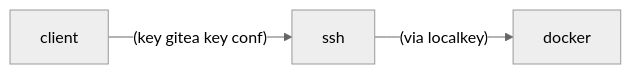
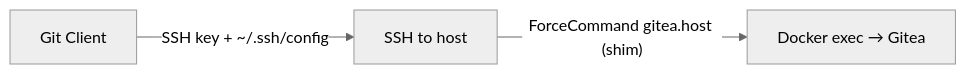
The diagram in readme.md (whoo/Docker-Gitea), drawn with Mermaid (neutral theme) before and after one commit. The commit also changed other lines of this file, not shown here.

````diff
--- a/readme.md
+++ b/readme.md
@@ -17,6 +51,5 @@
 ```mermaid
 graph LR
-
-A[client]--(key gitea key conf)--> B[ssh] --(via localkey)--> C[docker] 
-
+    A[Git Client] -- "SSH key + ~/.ssh/config" --> B[SSH to host]
+    B -- "ForceCommand gitea.host (shim)" --> C[Docker exec → Gitea]
 ```
````
